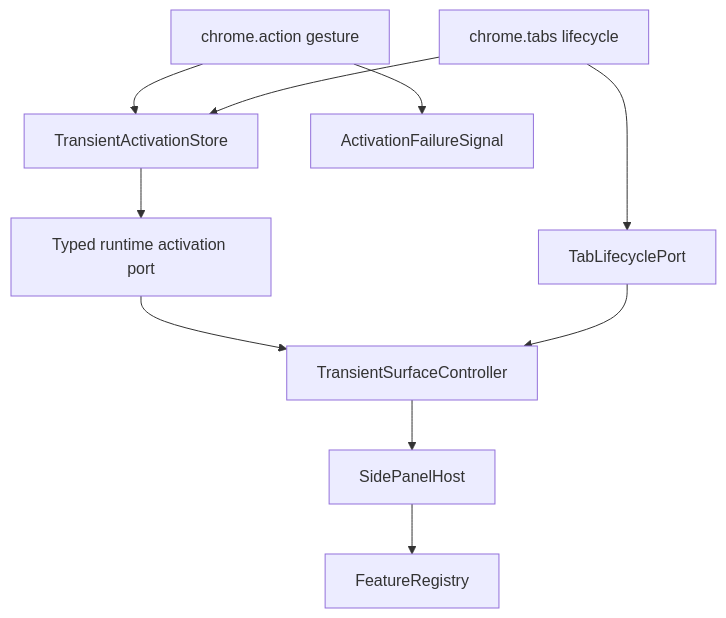
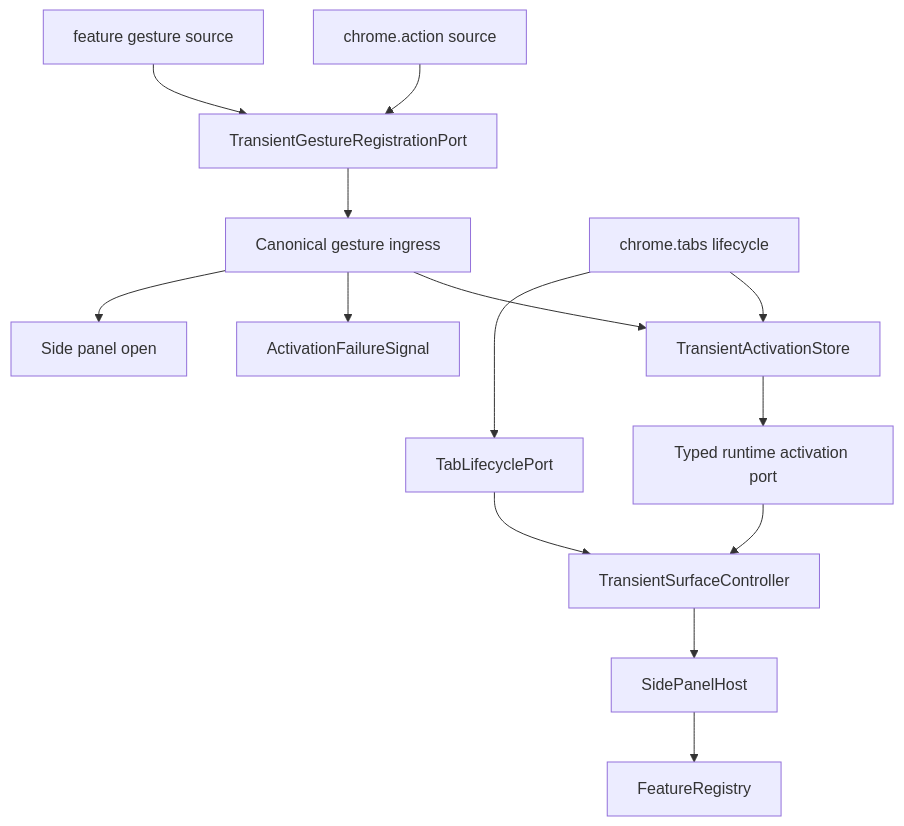
The diagram in .kiro/specs/transient-feature-surface/design.md (Huruikagi/pc-build-planner), drawn with Mermaid before and after one commit. The commit also changed other lines of this file and 27 other files, not shown here.

````diff
--- a/.kiro/specs/transient-feature-surface/design.md
+++ b/.kiro/specs/transient-feature-surface/design.md
@@ -82,12 +93,16 @@
 ```mermaid
 graph TB
-    Action["chrome.action gesture"] --> Store["TransientActivationStore"]
-    Action --> FailureSignal["ActivationFailureSignal"]
+    Action["chrome.action source"] --> Registration["TransientGestureRegistrationPort"]
+    FeatureGesture["feature gesture source"] --> Registration
+    Registration --> Ingress["Canonical gesture ingress"]
+    Ingress --> Store["TransientActivationStore"]
+    Ingress --> FailureSignal["ActivationFailureSignal"]
+    Ingress --> PanelOpen["Side panel open"]
     Tabs["chrome.tabs lifecycle"] --> Store
     Store --> Port["Typed runtime activation port"]
     Tabs --> TabPort["TabLifecyclePort"]
     Port --> Controller["TransientSurfaceController"]
     TabPort --> Controller
     Controller --> Host["SidePanelHost"]
     Host --> Registry["FeatureRegistry"]
 ```
````
